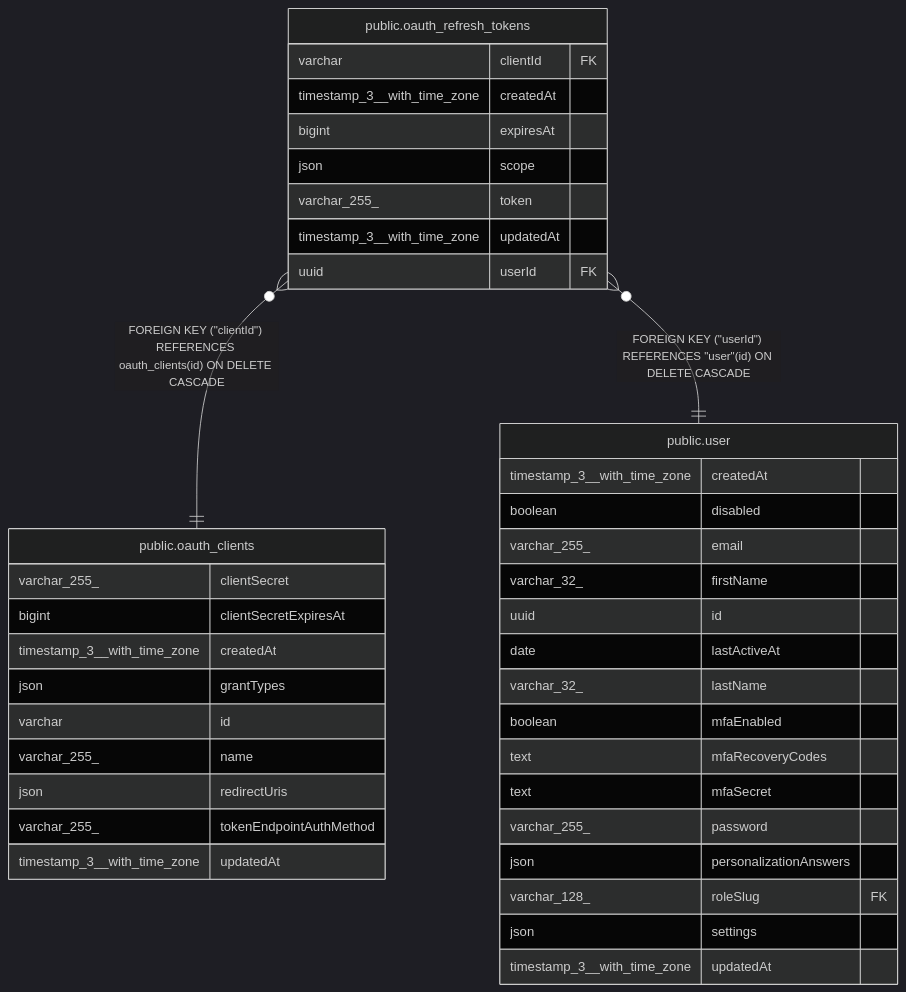
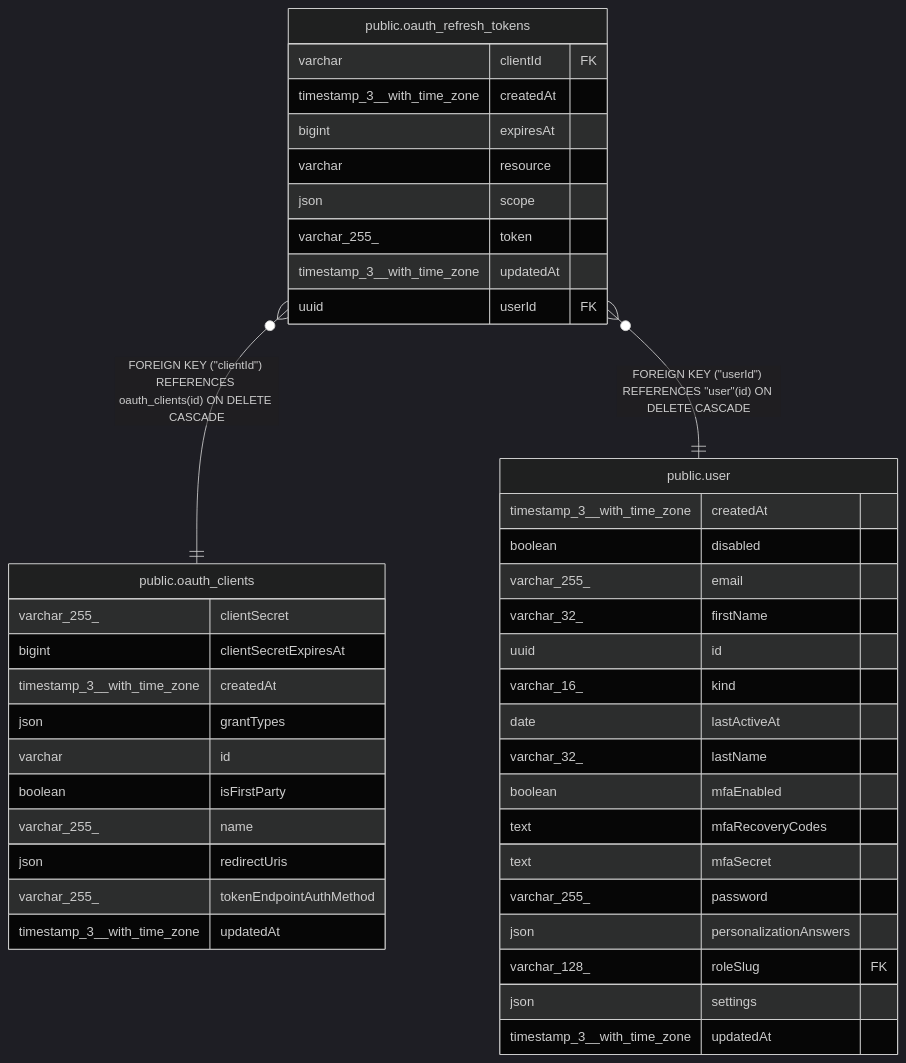
The diagram in n8n_integration/n8n_source/docs/generated/postgres-schema/public.oauth_refresh_tokens.md (koreatest12/studys), drawn with Mermaid (dark theme) before and after one commit. The commit also changed other lines of this file and 23019 other files, not shown here.

````diff
--- a/n8n_integration/n8n_source/docs/generated/postgres-schema/public.oauth_refresh_tokens.md
+++ b/n8n_integration/n8n_source/docs/generated/postgres-schema/public.oauth_refresh_tokens.md
@@ -38,44 +40,47 @@
 ```mermaid
 erDiagram
 
 "public.oauth_refresh_tokens" }o--|| "public.oauth_clients" : "FOREIGN KEY (#quot;clientId#quot;) REFERENCES oauth_clients(id) ON DELETE CASCADE"
 "public.oauth_refresh_tokens" }o--|| "public.user" : "FOREIGN KEY (#quot;userId#quot;) REFERENCES #quot;user#quot;(id) ON DELETE CASCADE"
 
 "public.oauth_refresh_tokens" {
   varchar clientId FK
   timestamp_3__with_time_zone createdAt
   bigint expiresAt
+  varchar resource
   json scope
   varchar_255_ token
   timestamp_3__with_time_zone updatedAt
   uuid userId FK
 }
 "public.oauth_clients" {
   varchar_255_ clientSecret
   bigint clientSecretExpiresAt
   timestamp_3__with_time_zone createdAt
   json grantTypes
   varchar id
+  boolean isFirstParty
   varchar_255_ name
   json redirectUris
   varchar_255_ tokenEndpointAuthMethod
   timestamp_3__with_time_zone updatedAt
 }
 "public.user" {
   timestamp_3__with_time_zone createdAt
   boolean disabled
   varchar_255_ email
   varchar_32_ firstName
   uuid id
+  varchar_16_ kind
   date lastActiveAt
   varchar_32_ lastName
   boolean mfaEnabled
   text mfaRecoveryCodes
   text mfaSecret
   varchar_255_ password
   json personalizationAnswers
   varchar_128_ roleSlug FK
   json settings
   timestamp_3__with_time_zone updatedAt
 }
 ```
````
